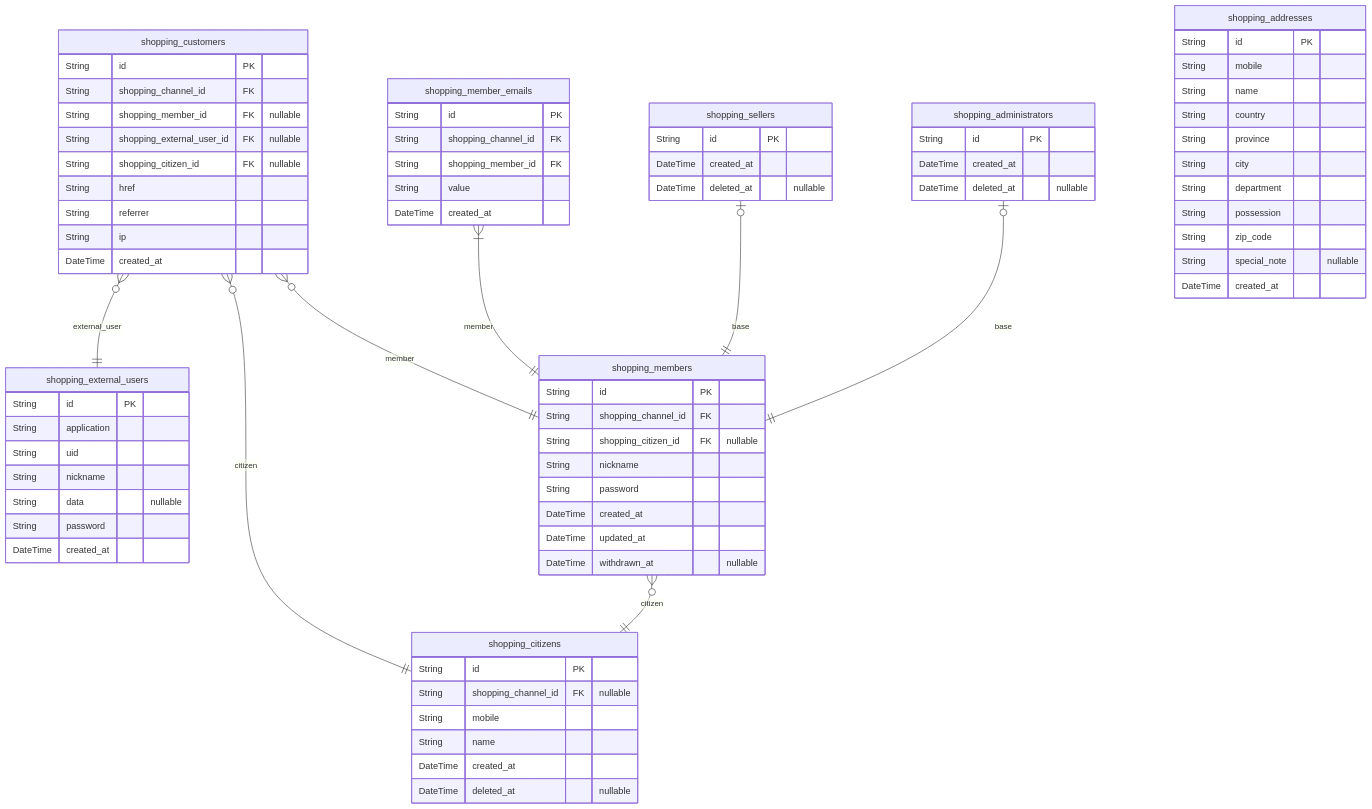
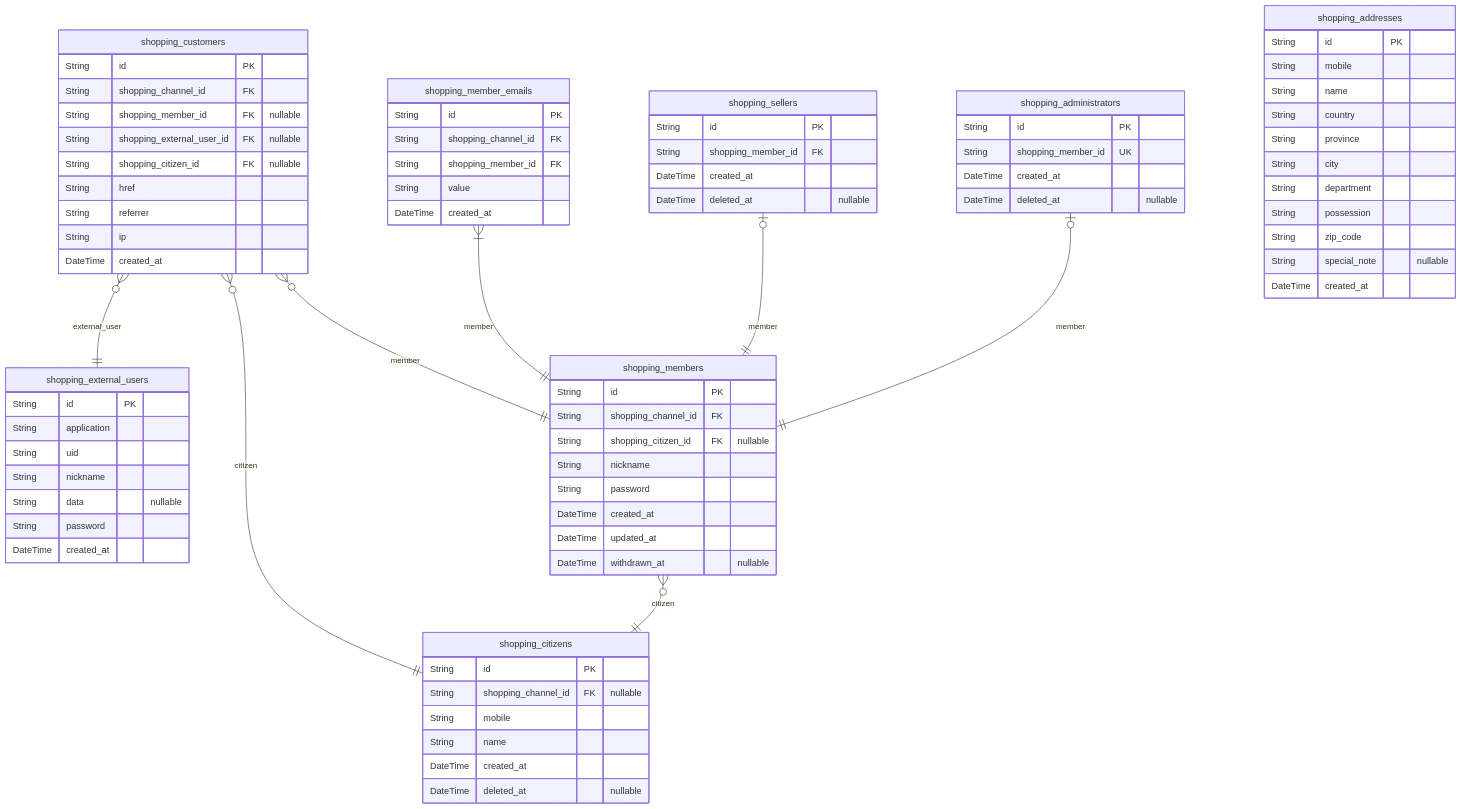
Before and after one commit to samchon/shopping-backend: the third of 10 diagrams in docs/ERD.md, drawn with Mermaid. The commit also changed other lines of this file and 27 other files, not shown here.

First line of the commit message:
Revise ERD and starts writing descriptions on DTO.

````diff
--- a/docs/ERD.md
+++ b/docs/ERD.md
@@ -387,78 +386,80 @@
 ```mermaid
 erDiagram
-shopping_customers {
+"shopping_customers" {
     String id PK
     String shopping_channel_id FK
     String shopping_member_id FK "nullable"
     String shopping_external_user_id FK "nullable"
     String shopping_citizen_id FK "nullable"
     String href
     String referrer
     String ip
     DateTime created_at
 }
-shopping_external_users {
+"shopping_external_users" {
     String id PK
     String application
     String uid
     String nickname
     String data "nullable"
     String password
     DateTime created_at
 }
-shopping_citizens {
+"shopping_citizens" {
     String id PK
     String shopping_channel_id FK "nullable"
     String mobile
     String name
     DateTime created_at
     DateTime deleted_at "nullable"
 }
-shopping_members {
+"shopping_members" {
     String id PK
     String shopping_channel_id FK
     String shopping_citizen_id FK "nullable"
     String nickname
     String password
     DateTime created_at
     DateTime updated_at
     DateTime withdrawn_at "nullable"
 }
-shopping_member_emails {
+"shopping_member_emails" {
     String id PK
     String shopping_channel_id FK
     String shopping_member_id FK
     String value
     DateTime created_at
 }
-shopping_sellers {
+"shopping_sellers" {
     String id PK
+    String shopping_member_id FK
     DateTime created_at
     DateTime deleted_at "nullable"
 }
-shopping_administrators {
+"shopping_administrators" {
     String id PK
+    String shopping_member_id UK
     DateTime created_at
     DateTime deleted_at "nullable"
 }
-shopping_addresses {
+"shopping_addresses" {
     String id PK
     String mobile
     String name
     String country
     String province
     String city
     String department
     String possession
     String zip_code
     String special_note "nullable"
     DateTime created_at
 }
-shopping_customers }o--|| shopping_members : member
-shopping_customers }o--|| shopping_external_users : external_user
-shopping_customers }o--|| shopping_citizens : citizen
-shopping_members }o--|| shopping_citizens : citizen
-shopping_member_emails }|--|| shopping_members : member
-shopping_sellers |o--|| shopping_members : base
-shopping_administrators |o--|| shopping_members : base
+"shopping_customers" }o--|| "shopping_members" : member
+"shopping_customers" }o--|| "shopping_external_users" : external_user
+"shopping_customers" }o--|| "shopping_citizens" : citizen
+"shopping_members" }o--|| "shopping_citizens" : citizen
+"shopping_member_emails" }|--|| "shopping_members" : member
+"shopping_sellers" |o--|| "shopping_members" : member
+"shopping_administrators" |o--|| "shopping_members" : member
 ```
````
